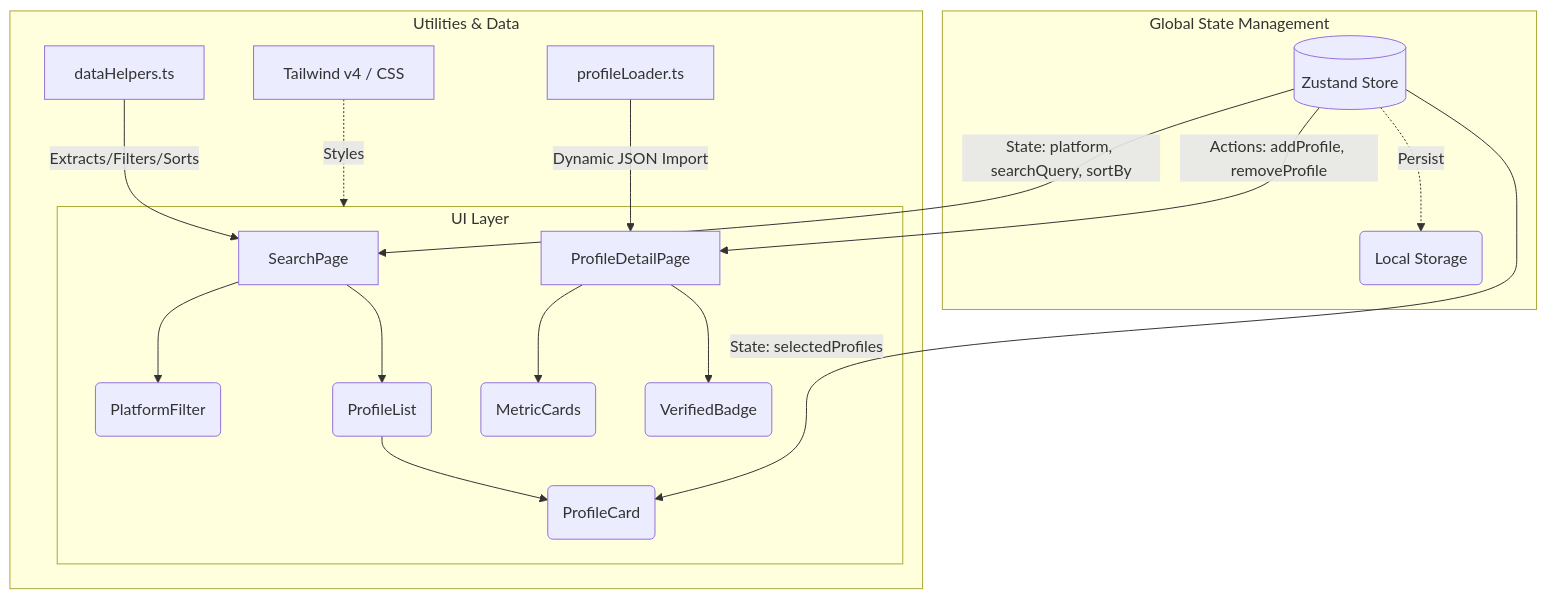
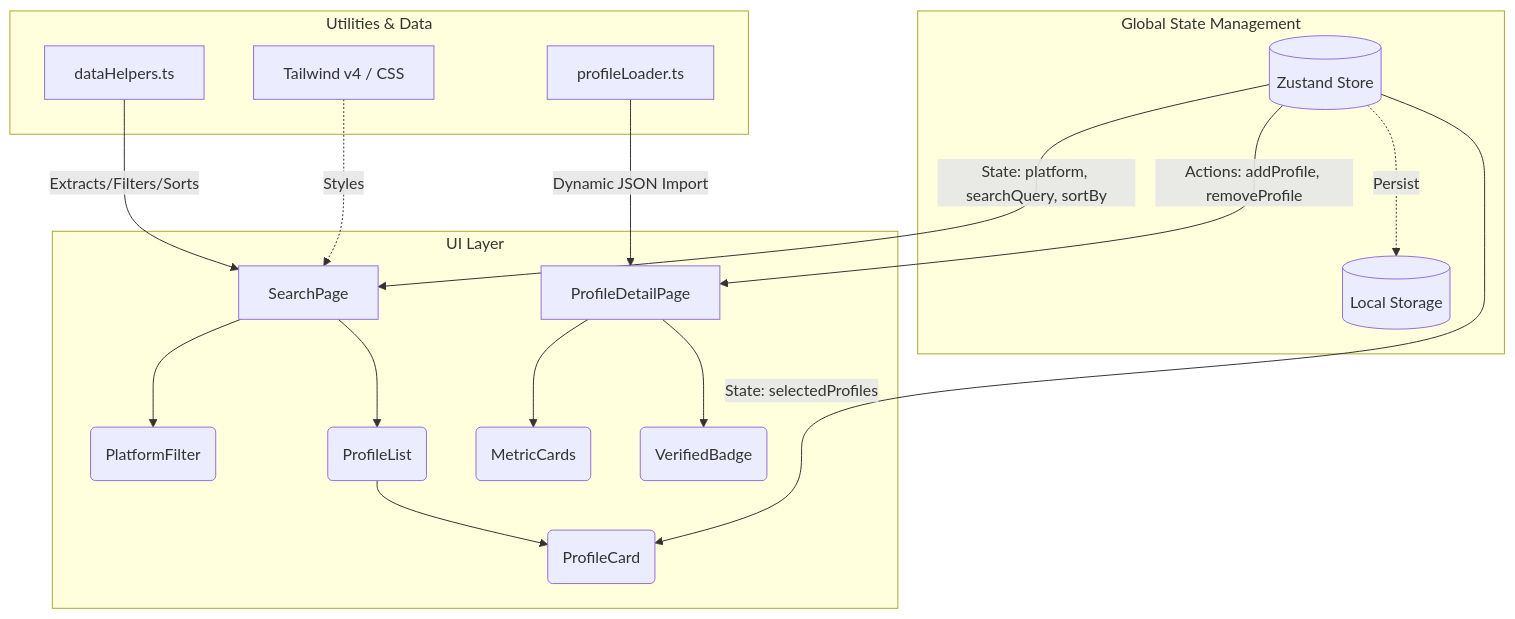
The diagram in README.md (soumoditt-source/WOBB__SOUMODITYA_DAS), drawn with Mermaid before and after one commit. The commit also changed other lines of this file, not shown here.

Commit message:
Fix GIF URL and Mermaid Diagram syntax

````diff
--- a/README.md
+++ b/README.md
@@ -19,24 +19,24 @@
 ```mermaid
-graph TD;
+graph TD
     subgraph UILayer [UI Layer]
       A[SearchPage] --> B(PlatformFilter)
       A --> C(ProfileList)
       C --> D(ProfileCard)
       E[ProfileDetailPage] --> F(MetricCards)
       E --> G(VerifiedBadge)
     end
     
     subgraph GlobalState [Global State Management]
       H[(Zustand Store)]
-      H --> |State: platform, searchQuery, sortBy| A
-      H --> |State: selectedProfiles| D
-      H --> |Actions: addProfile, removeProfile| E
-      H -.-> |Persist| I(Local Storage)
+      H -->|State: platform, searchQuery, sortBy| A
+      H -->|State: selectedProfiles| D
+      H -->|Actions: addProfile, removeProfile| E
+      H -.->|Persist| I[(Local Storage)]
     end
     
     subgraph Utilities [Utilities & Data]
-      J[dataHelpers.ts] --> |Extracts/Filters/Sorts| A
-      K[profileLoader.ts] --> |Dynamic JSON Import| E
-      L[Tailwind v4 / CSS] -.-> |Styles| UILayer
+      J[dataHelpers.ts] -->|Extracts/Filters/Sorts| A
+      K[profileLoader.ts] -->|Dynamic JSON Import| E
+      L[Tailwind v4 / CSS] -.->|Styles| A
     end
 ```
````
